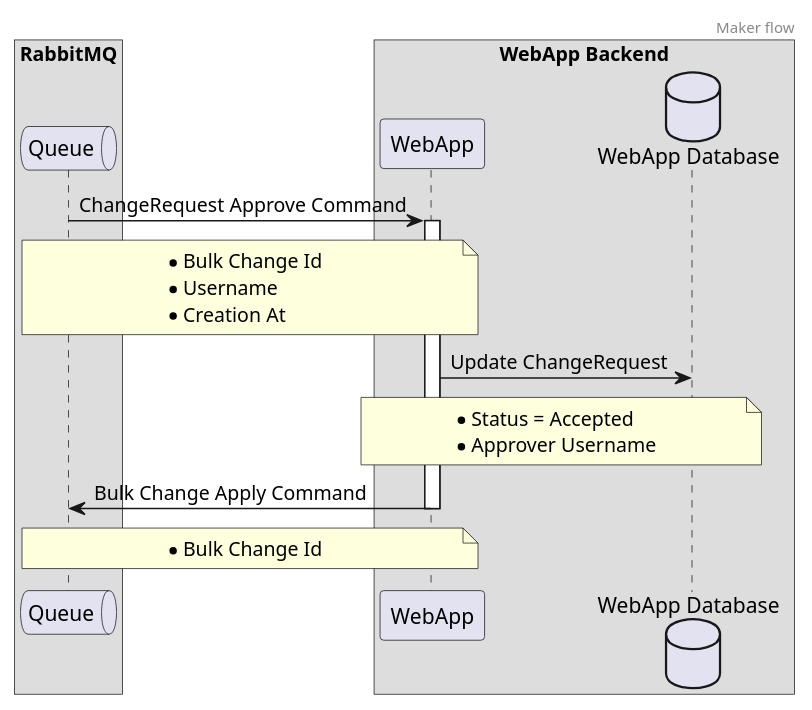
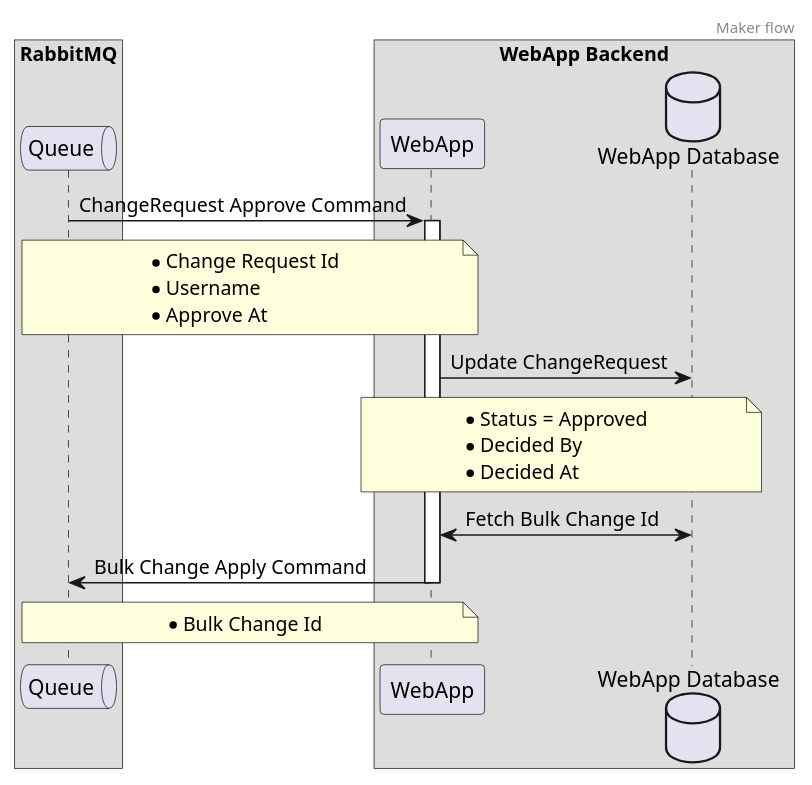
The diagram in modules/webapp/sens-webapp-documentation/src/docs/asciidoc/adrs/diagrams/handling-approve-message.puml (ngraczykowski/iris-root), drawn with PlantUML before and after one commit. The commit also changed 4 other files, not shown here.

```diff
--- a/modules/webapp/sens-webapp-documentation/src/docs/asciidoc/adrs/diagrams/handling-approve-message.puml
+++ b/modules/webapp/sens-webapp-documentation/src/docs/asciidoc/adrs/diagrams/handling-approve-message.puml
@@ -1,38 +1,41 @@
 @startuml
 header Maker flow
 
 box "WebApp Backend"
     participant Backend as "WebApp" order 20
     database WebAppDB as "WebApp Database" order 30
 end box
 
 box "RabbitMQ"
     queue Queue order 10
 end box
 
 Queue -> Backend : ChangeRequest Approve Command
 
 note over Queue, Backend
-    * Bulk Change Id
+    * Change Request Id
     * Username
-    * Creation At
+    * Approve At
 end note
 
 activate Backend
 
 Backend -> WebAppDB : Update ChangeRequest
 
 note over Backend, WebAppDB
-    * Status = Accepted
-    * Approver Username
+    * Status = Approved
+    * Decided By
+    * Decided At
 end note
+
+Backend <-> WebAppDB : Fetch Bulk Change Id
 
 Backend -> Queue : Bulk Change Apply Command
 note over Queue, Backend
     * Bulk Change Id
 end note
 
 
 deactivate Backend
 
 @enduml
```
